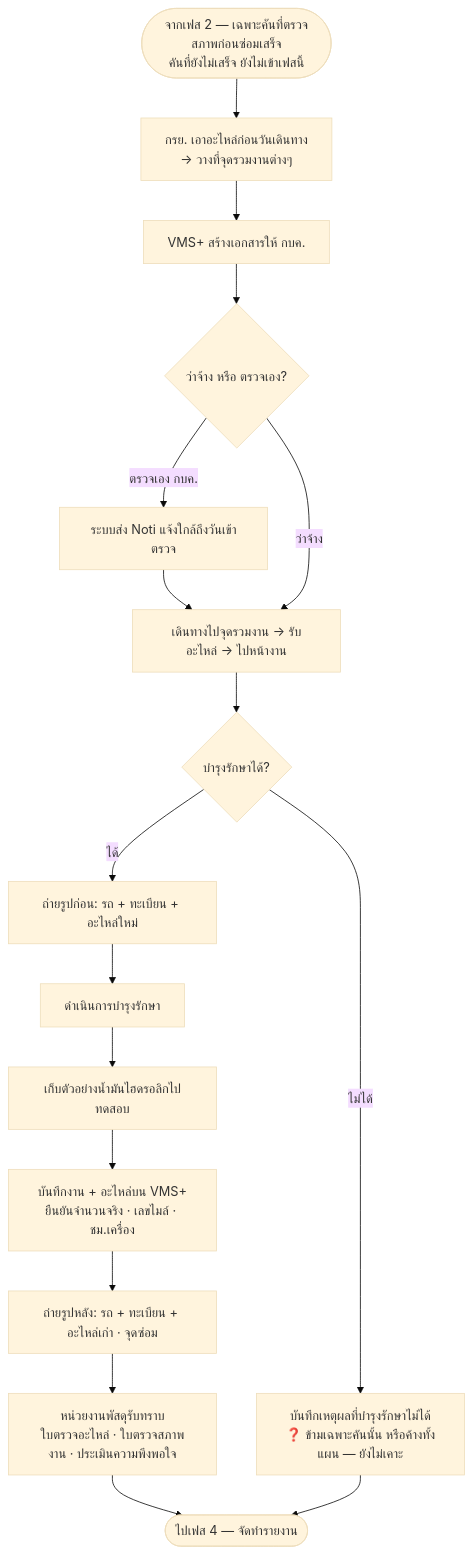
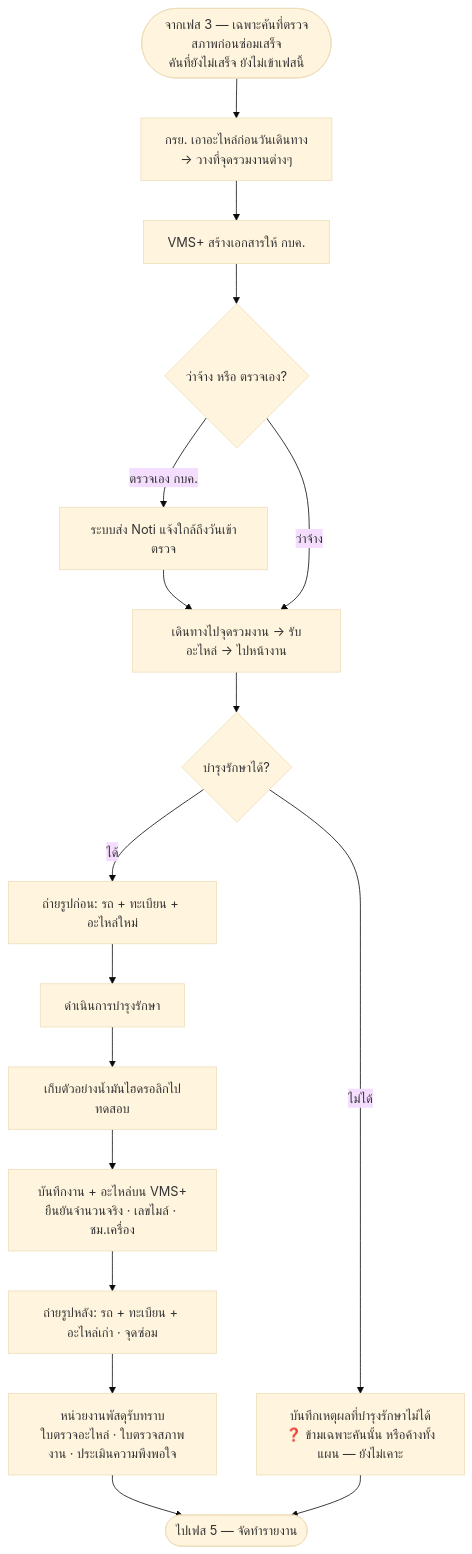
The diagram in Diagram/01-บำรุงรักษาตามวาระ/03-เฟส2-ดำเนินการบำรุงรักษา.md (anugmail/Maintenance-Request-Form), drawn with Mermaid (base theme) before and after one commit. The commit also changed other lines of this file and 18 other files, not shown here.

Commit message:
feat: ปรับการแสดงขั้นตอนของ flow บำรุงรักษา โดยทุกอย่างยังทำงานเหมือนเดิม

````diff
--- a/Diagram/01-บำรุงรักษาตามวาระ/03-เฟส2-ดำเนินการบำรุงรักษา.md
+++ b/Diagram/01-บำรุงรักษาตามวาระ/03-เฟส2-ดำเนินการบำรุงรักษา.md
@@ -18,19 +20,19 @@
 ```mermaid
 flowchart TB
-    S([จากเฟส 2 — เฉพาะคันที่ตรวจสภาพก่อนซ่อมเสร็จ<br/>คันที่ยังไม่เสร็จ ยังไม่เข้าเฟสนี้]) --> P[กรย. เอาอะไหล่ก่อนวันเดินทาง<br/>→ วางที่จุดรวมงานต่างๆ]
+    S([จากเฟส 3 — เฉพาะคันที่ตรวจสภาพก่อนซ่อมเสร็จ<br/>คันที่ยังไม่เสร็จ ยังไม่เข้าเฟสนี้]) --> P[กรย. เอาอะไหล่ก่อนวันเดินทาง<br/>→ วางที่จุดรวมงานต่างๆ]
     P --> Q[VMS+ สร้างเอกสารให้ กบค.]
     Q --> D{ว่าจ้าง หรือ ตรวจเอง?}
     D -->|ตรวจเอง กบค.| N0[ระบบส่ง Noti แจ้งใกล้ถึงวันเข้าตรวจ]
     N0 --> R[เดินทางไปจุดรวมงาน → รับอะไหล่ → ไปหน้างาน]
     D -->|ว่าจ้าง| R
     R --> DEC{บำรุงรักษาได้?}
     DEC -->|ไม่ได้| X["บันทึกเหตุผลที่บำรุงรักษาไม่ได้<br/>❓ ข้ามเฉพาะคันนั้น หรือค้างทั้งแผน — ยังไม่เคาะ"]
     DEC -->|ได้| C1[ถ่ายรูปก่อน: รถ + ทะเบียน + อะไหล่ใหม่]
     C1 --> C2[ดำเนินการบำรุงรักษา]
     C2 --> C3[เก็บตัวอย่างน้ำมันไฮดรอลิกไปทดสอบ]
     C3 --> C4[บันทึกงาน + อะไหล่บน VMS+<br/>ยืนยันจำนวนจริง · เลขไมล์ · ชม.เครื่อง]
     C4 --> C5[ถ่ายรูปหลัง: รถ + ทะเบียน + อะไหล่เก่า · จุดซ่อม]
     C5 --> C6[หน่วยงานพัสดุรับทราบ<br/>ใบตรวจอะไหล่ · ใบตรวจสภาพงาน · ประเมินความพึงพอใจ]
-    C6 --> E([ไปเฟส 4 — จัดทำรายงาน])
+    C6 --> E([ไปเฟส 5 — จัดทำรายงาน])
     X --> E
 ```
````
